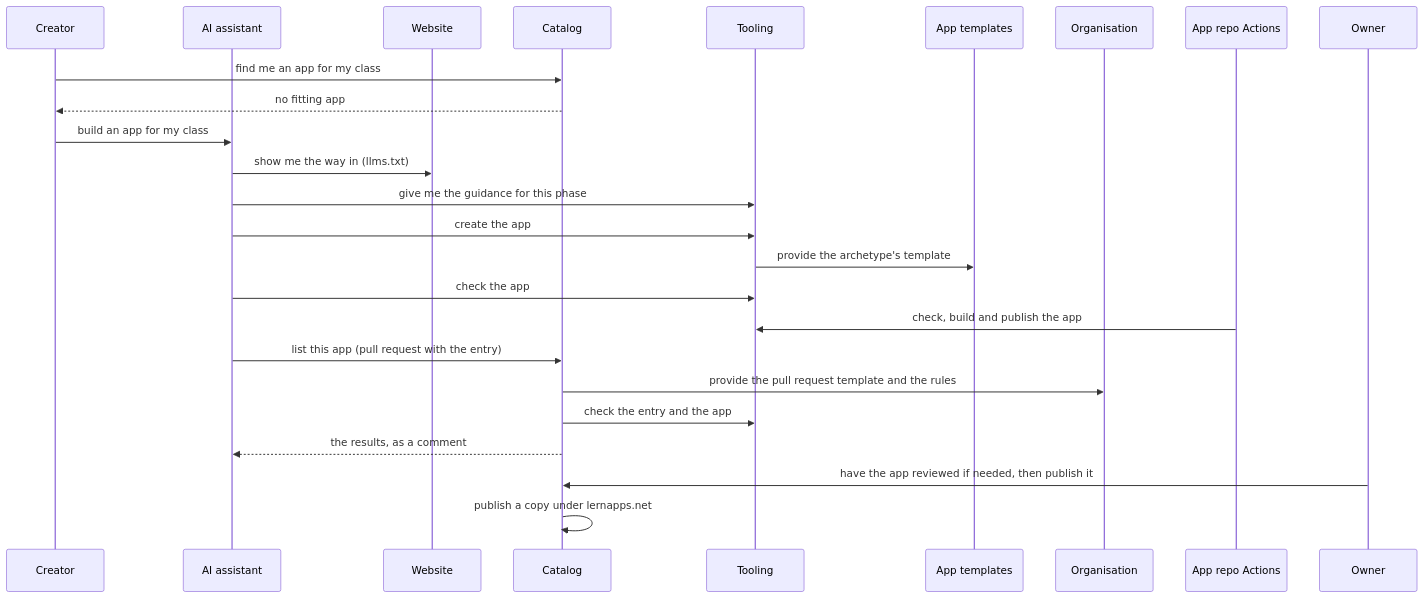
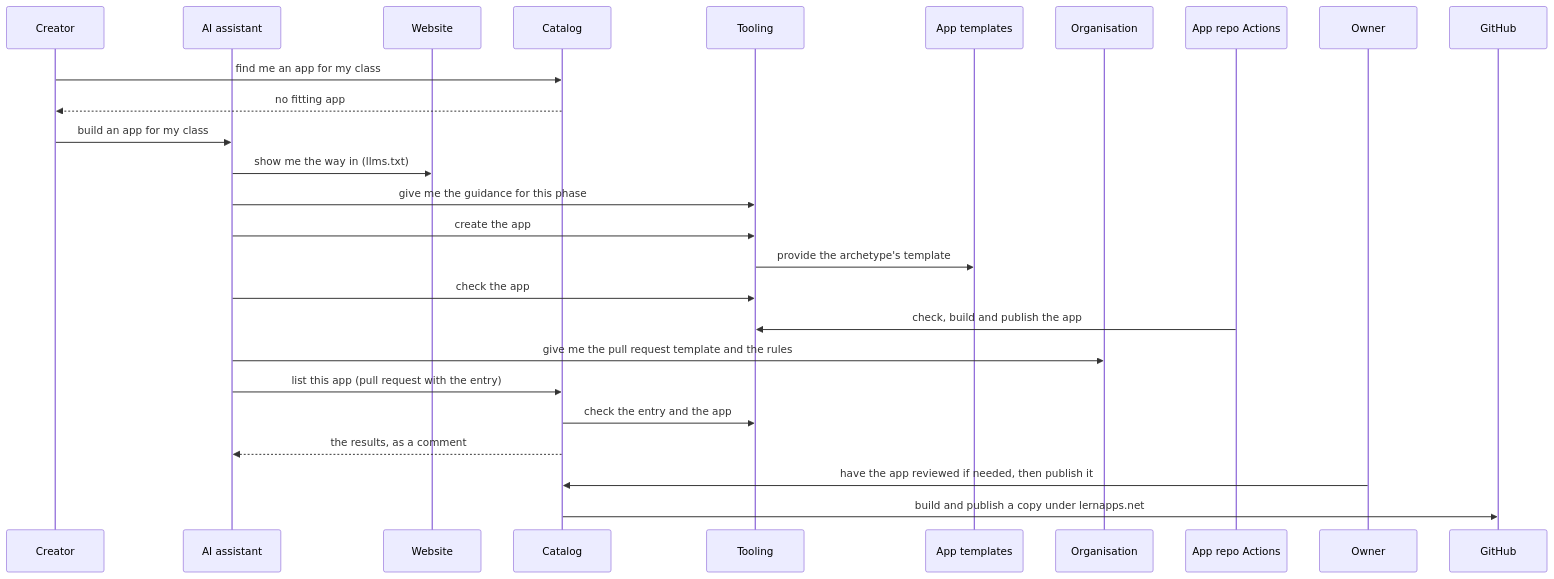
One commit to lernapps/docs changed the third of 6 diagrams in docs/arc42/06-runtime-view.arc42.md. Above: the diagram before and after it, drawn with Mermaid. The commit also changed other lines of this file and 10 other files, not shown here.

First line of the commit message:
docs(overview): take every text from one source and draw each journey's flow

````diff
--- a/docs/arc42/06-runtime-view.arc42.md
+++ b/docs/arc42/06-runtime-view.arc42.md
@@ -111,27 +114,28 @@
 ```mermaid
 sequenceDiagram
     participant creator as Creator
     participant assistant as AI assistant
     participant website as Website
     participant catalog as Catalog
     participant tooling as Tooling
     participant templates as App templates
     participant org as Organisation
     participant appactions as App repo Actions
     participant owner as Owner
+    participant github as GitHub
     creator->>catalog: find me an app for my class
     catalog-->>creator: no fitting app
     creator->>assistant: build an app for my class
     assistant->>website: show me the way in (llms.txt)
     assistant->>tooling: give me the guidance for this phase
     assistant->>tooling: create the app
     tooling->>templates: provide the archetype's template
     assistant->>tooling: check the app
     appactions->>tooling: check, build and publish the app
+    assistant->>org: give me the pull request template and the rules
     assistant->>catalog: list this app (pull request with the entry)
-    catalog->>org: provide the pull request template and the rules
     catalog->>tooling: check the entry and the app
     catalog-->>assistant: the results, as a comment
     owner->>catalog: have the app reviewed if needed, then publish it
-    catalog->>catalog: publish a copy under lernapps.net
+    catalog->>github: build and publish a copy under lernapps.net
 ```
````
